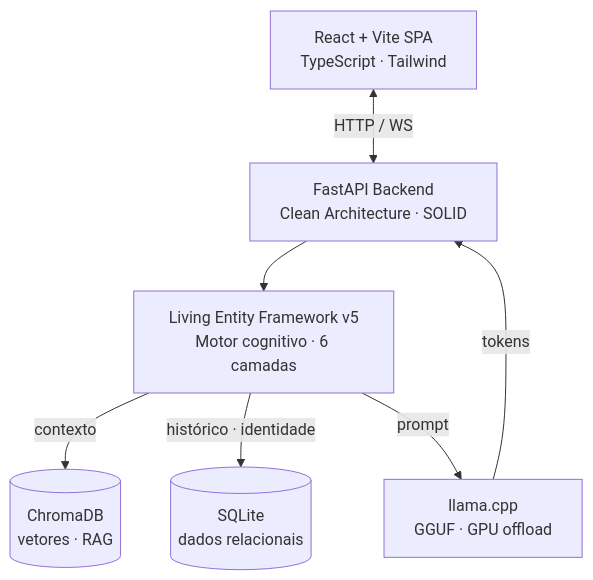
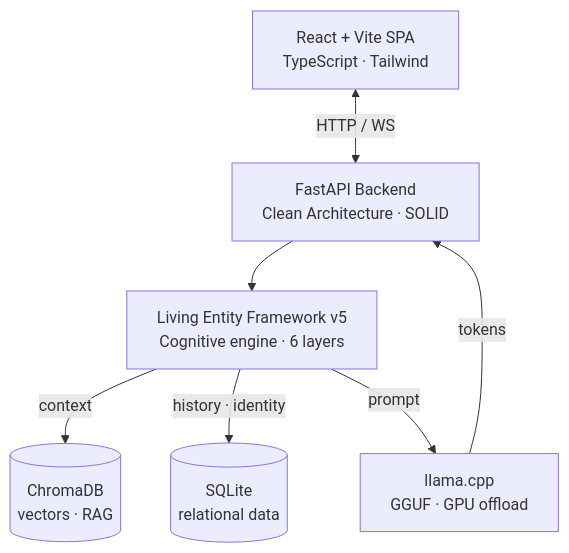
The diagram in README.md (FellypeMelo/FellypeMelo), drawn with Mermaid before and after one commit. The commit also changed other lines of this file and 1 other file, not shown here.

````diff
--- a/README.md
+++ b/README.md
@@ -42,16 +46,16 @@
 ```mermaid
 flowchart TB
     UI["React + Vite SPA<br/>TypeScript · Tailwind"]
     API["FastAPI Backend<br/>Clean Architecture · SOLID"]
-    LEF["Living Entity Framework v5<br/>Motor cognitivo · 6 camadas"]
-    MEM[("SQLite<br/>dados relacionais")]
-    VEC[("ChromaDB<br/>vetores · RAG")]
+    LEF["Living Entity Framework v5<br/>Cognitive engine · 6 layers"]
+    MEM[("SQLite<br/>relational data")]
+    VEC[("ChromaDB<br/>vectors · RAG")]
     LLM["llama.cpp<br/>GGUF · GPU offload"]
 
     UI <-->|"HTTP / WS"| API
     API --> LEF
-    LEF -->|contexto| VEC
-    LEF -->|"histórico · identidade"| MEM
+    LEF -->|context| VEC
+    LEF -->|"history · identity"| MEM
     LEF -->|prompt| LLM
     LLM -->|tokens| API
 ```
````
